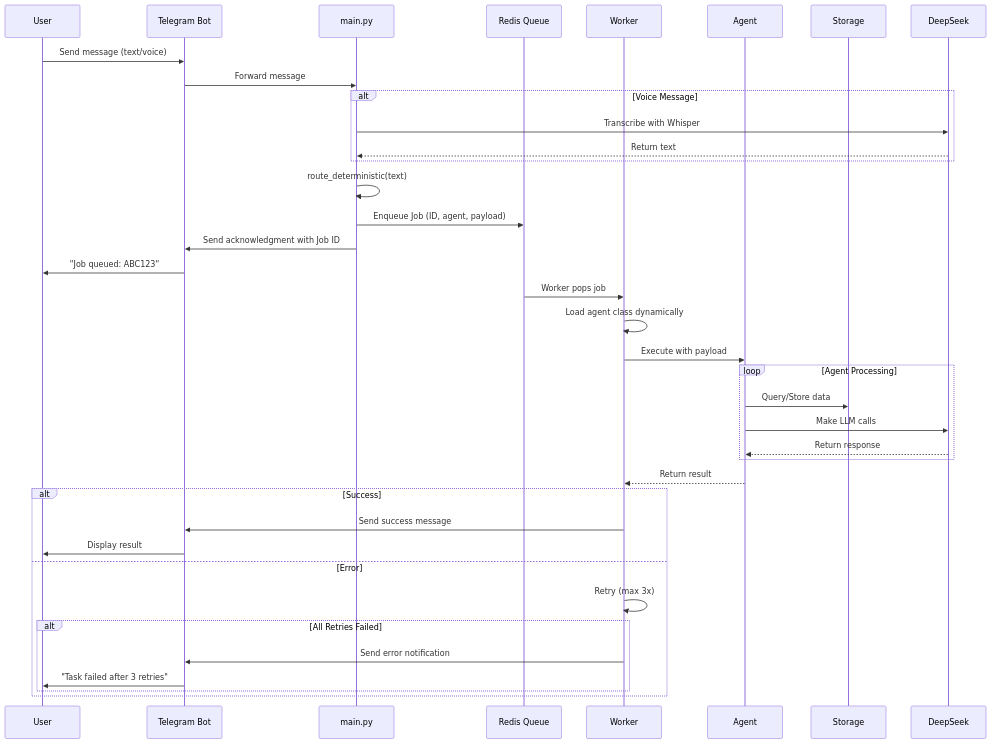
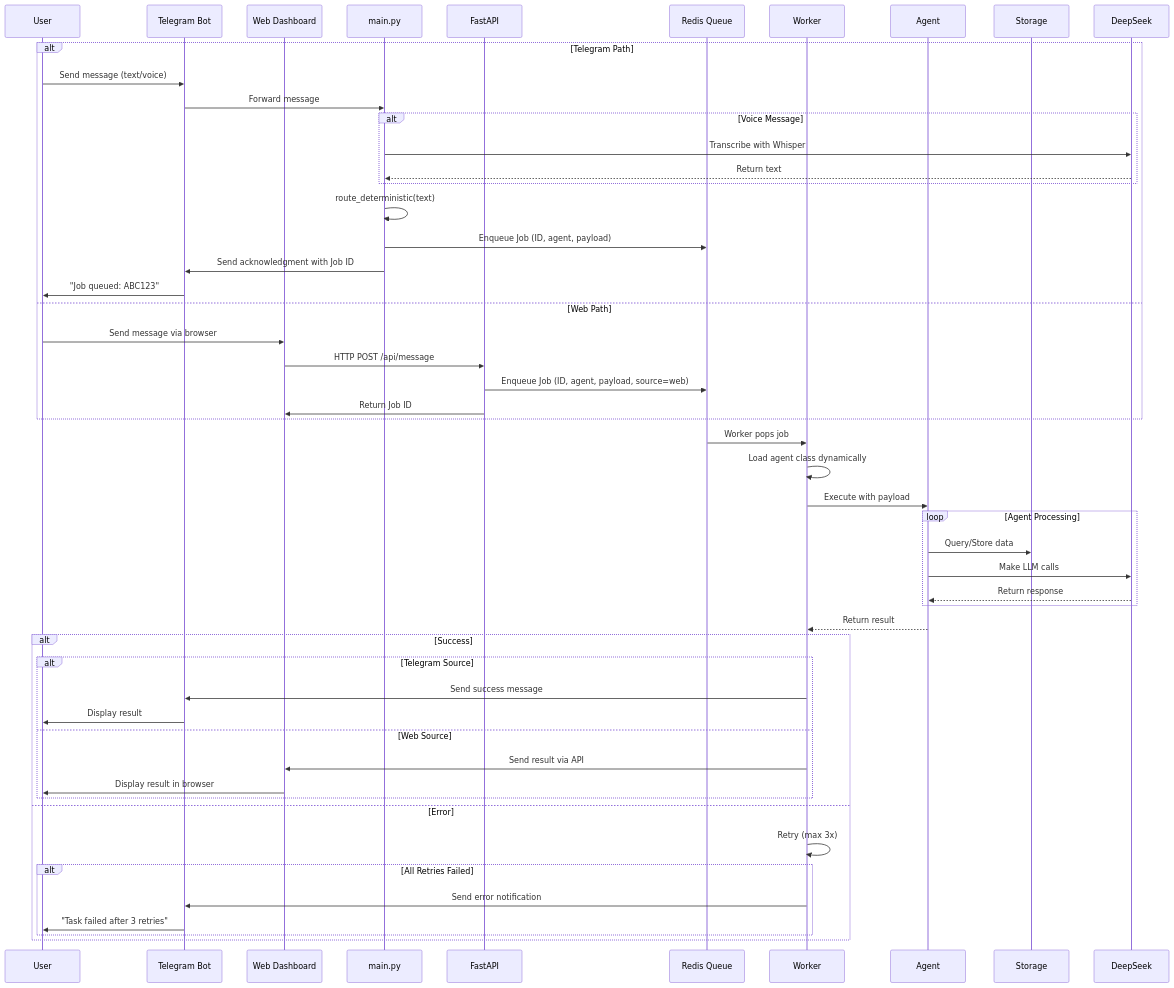
The third of 4 diagrams in README.md (mkierin/assistant-brain-os), drawn with Mermaid before and after one commit. The commit also changed other lines of this file, not shown here.

First line of the commit message:
Update README architecture diagrams and documentation

````diff
--- a/README.md
+++ b/README.md
@@ -431,48 +466,61 @@
 ```mermaid
 sequenceDiagram
     participant U as User
     participant T as Telegram Bot
+    participant WEB as Web Dashboard
     participant M as main.py
+    participant F as FastAPI
     participant R as Redis Queue
     participant W as Worker
     participant A as Agent
     participant DB as Storage
     participant LLM as DeepSeek
 
-    U->>T: Send message (text/voice)
-    T->>M: Forward message
+    alt Telegram Path
+        U->>T: Send message (text/voice)
+        T->>M: Forward message
 
-    alt Voice Message
-        M->>LLM: Transcribe with Whisper
-        LLM-->>M: Return text
+        alt Voice Message
+            M->>LLM: Transcribe with Whisper
+            LLM-->>M: Return text
+        end
+
+        M->>M: route_deterministic(text)
+        M->>R: Enqueue Job (ID, agent, payload)
+        M->>T: Send acknowledgment with Job ID
+        T->>U: "Job queued: ABC123"
+    else Web Path
+        U->>WEB: Send message via browser
+        WEB->>F: HTTP POST /api/message
+        F->>R: Enqueue Job (ID, agent, payload, source=web)
+        F->>WEB: Return Job ID
     end
-
-    M->>M: route_deterministic(text)
-
-    M->>R: Enqueue Job (ID, agent, payload)
-    M->>T: Send acknowledgment with Job ID
-    T->>U: "Job queued: ABC123"
 
     R->>W: Worker pops job
     W->>W: Load agent class dynamically
     W->>A: Execute with payload
 
     loop Agent Processing
         A->>DB: Query/Store data
         A->>LLM: Make LLM calls
         LLM-->>A: Return response
     end
 
     A-->>W: Return result
 
     alt Success
-        W->>T: Send success message
-        T->>U: Display result
+        alt Telegram Source
+            W->>T: Send success message
+            T->>U: Display result
+        else Web Source
+            W->>WEB: Send result via API
+            WEB->>U: Display result in browser
+        end
     else Error
         W->>W: Retry (max 3x)
         alt All Retries Failed
             W->>T: Send error notification
             T->>U: "Task failed after 3 retries"
         end
     end
 ```
````
